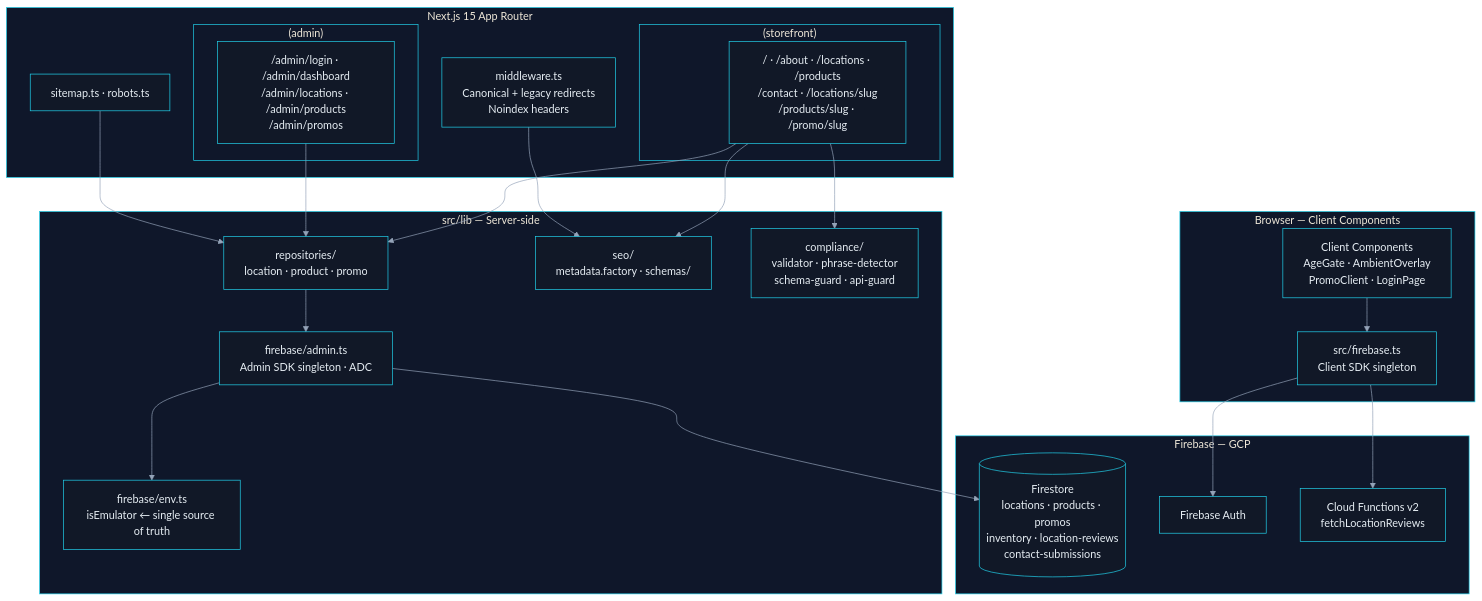
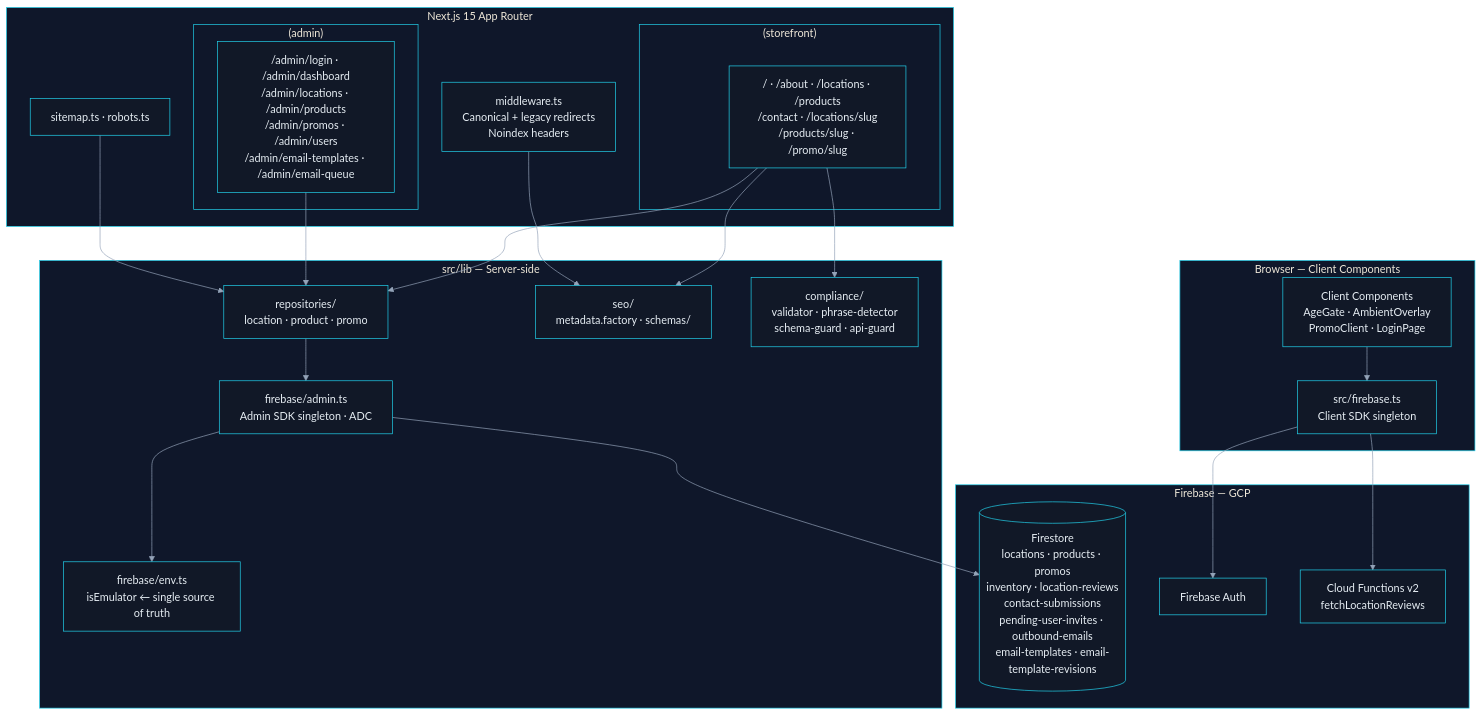
One commit to brewski-beers/rush-n-relax changed the second of 5 diagrams in docs/engineering/architecture.md. Above: the diagram before and after it, drawn with Mermaid. The commit also changed 16 other files, not shown here.

Commit message:
feat(admin): enhance email template management and implement rate limiting

````diff
--- a/docs/engineering/architecture.md
+++ b/docs/engineering/architecture.md
@@ -59,50 +59,50 @@
 ```mermaid
 %%{init: {'theme': 'base', 'themeVariables': {'background': '#0b0f17', 'primaryColor': '#111827', 'primaryTextColor': '#e6edf3', 'primaryBorderColor': '#22d3ee', 'lineColor': '#94a3b8', 'secondaryColor': '#0f172a', 'tertiaryColor': '#111827', 'clusterBkg': '#0f172a', 'clusterBorder': '#22d3ee', 'fontFamily': 'Avenir Next, Avenir, Segoe UI, sans-serif'}}}%%
 
 graph TB
 
     subgraph CLIENT["Browser — Client Components"]
         CSK["src/firebase.ts\nClient SDK singleton"]
         CC["Client Components\nAgeGate · AmbientOverlay\nPromoClient · LoginPage"]
     end
 
     subgraph NEXT["Next.js 15 App Router"]
         MW["middleware.ts\nCanonical + legacy redirects\nNoindex headers"]
         subgraph SF["(storefront)"]
             SFP["/ · /about · /locations · /products\n/contact · /locations/slug\n/products/slug · /promo/slug"]
         end
         subgraph ADM["(admin)"]
-            ADMP["/admin/login · /admin/dashboard\n/admin/locations · /admin/products\n/admin/promos"]
+            ADMP["/admin/login · /admin/dashboard\n/admin/locations · /admin/products\n/admin/promos · /admin/users\n/admin/email-templates · /admin/email-queue"]
         end
         SITE["sitemap.ts · robots.ts"]
     end
 
     subgraph LIB["src/lib — Server-side"]
         ENV["firebase/env.ts\nisEmulator ← single source of truth"]
         ADMIN["firebase/admin.ts\nAdmin SDK singleton · ADC"]
         REPO["repositories/\nlocation · product · promo"]
         SEO["seo/\nmetadata.factory · schemas/"]
         COMP["compliance/\nvalidator · phrase-detector\nschema-guard · api-guard"]
     end
 
     subgraph GCP["Firebase — GCP"]
-        FS[("Firestore\nlocations · products · promos\ninventory · location-reviews\ncontact-submissions")]
+        FS[("Firestore\nlocations · products · promos\ninventory · location-reviews\ncontact-submissions\npending-user-invites · outbound-emails\nemail-templates · email-template-revisions")]
         AUTH["Firebase Auth"]
         FN["Cloud Functions v2\nfetchLocationReviews"]
     end
 
     CC --> CSK
     CSK --> AUTH
     CSK --> FN
     SFP --> REPO
     SFP --> SEO
     SFP --> COMP
     ADMP --> REPO
     SITE --> REPO
     REPO --> ADMIN
     ADMIN --> ENV
     ADMIN --> FS
     MW --> SEO
 
     classDef title fill:#020617,color:#e6edf3,stroke:#22d3ee,stroke-width:2px;
 ```
````
